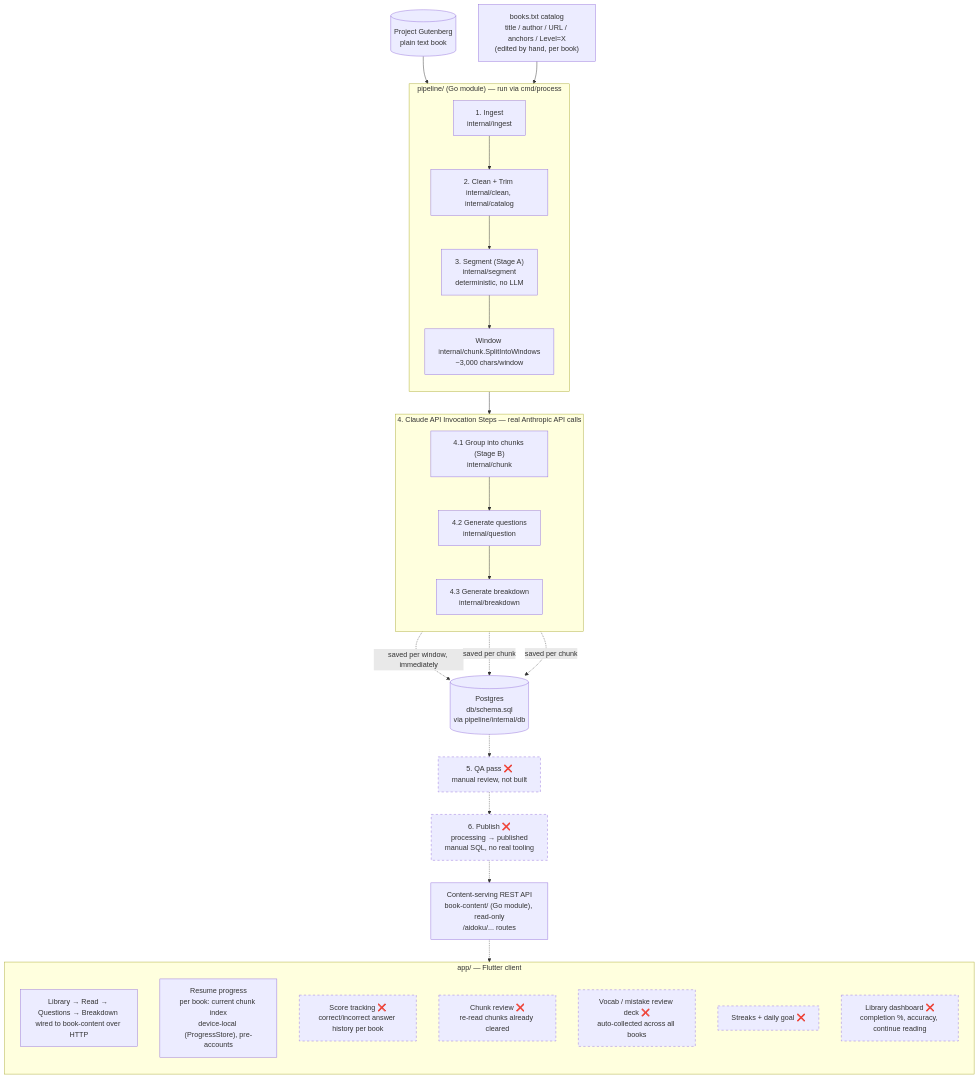
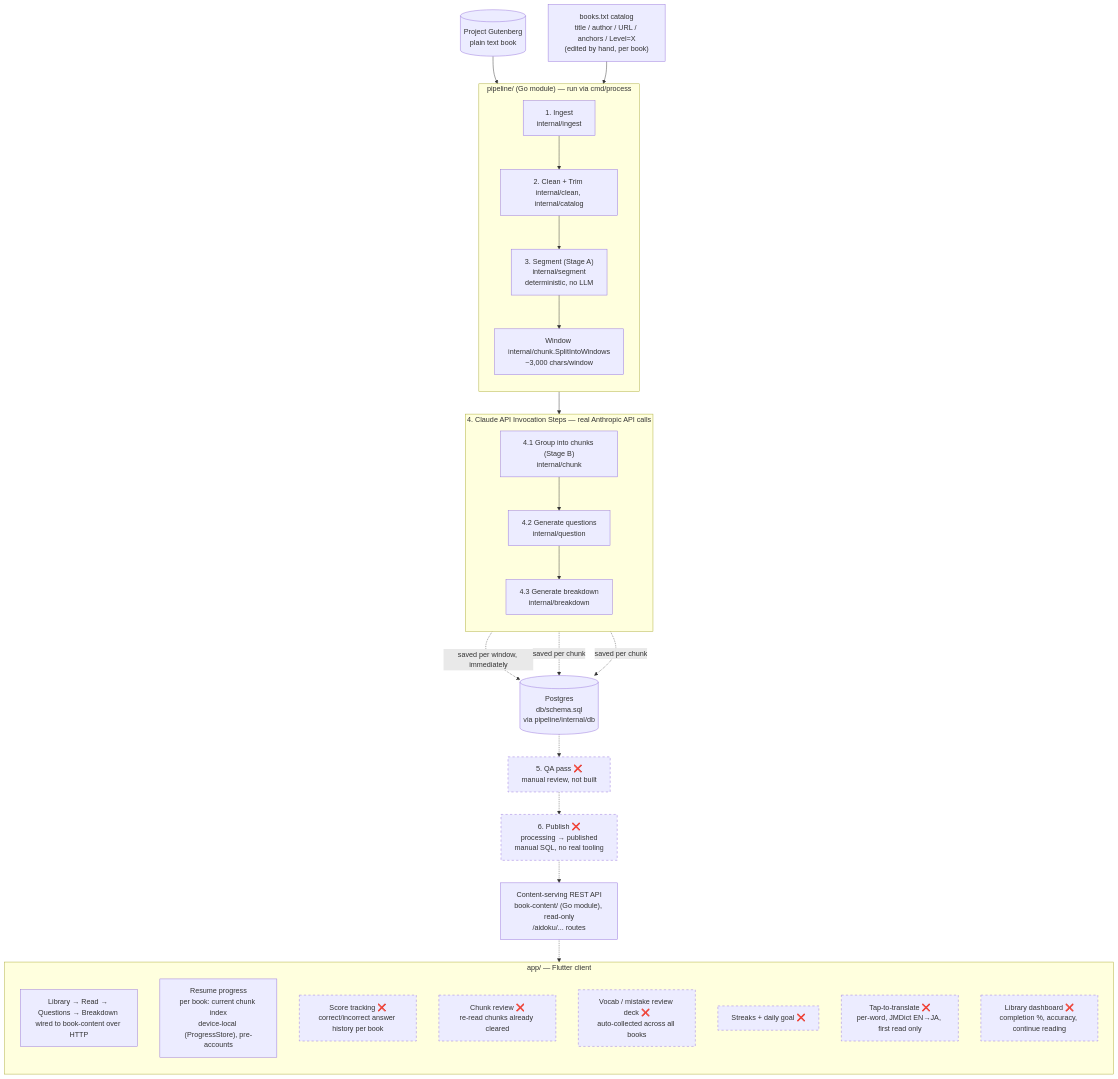
The diagram in README.md (devdanielroy/project-aidoku), drawn with Mermaid before and after one commit. The commit also changed other lines of this file and 2 other files, not shown here.

Commit message:
Add tap-to-translate milestone; drop the "no dictionary" principle
README: new "Next up" milestone — tap-to-translate, per-word dictionary
lookup (JMDict, EN→JA) on the first/unassisted reading page. Chosen
over pipeline-side difficulty detection (rejected: too hard to judge
accurately per level), in favour of giving the reader autonomy instead.
Added to the architecture diagram's client subgraph too.

AIDOKU_DESIGN.md §2 / ReadingView: removed the "no dictionary, no
hints, no translation visible" line - real public-domain vocabulary
turned out to be harder than that principle assumed, and tap-to-
translate is a deliberate amendment to it, not an exception worth
carving out language for.

````diff
--- a/README.md
+++ b/README.md
@@ -20,52 +20,53 @@
 ```mermaid
 flowchart TD
     GB[("Project Gutenberg<br/>plain text book")]
     BT["books.txt catalog<br/>title / author / URL / anchors / Level=X<br/>(edited by hand, per book)"]
 
     subgraph pipeline["pipeline/ (Go module) — run via cmd/process"]
         direction TB
         ING["1. Ingest <br/>internal/ingest"]
         CLN["2. Clean + Trim <br/>internal/clean, internal/catalog"]
         SEG["3. Segment (Stage A) <br/>internal/segment<br/>deterministic, no LLM"]
         WIN["Window <br/>internal/chunk.SplitIntoWindows<br/>~3,000 chars/window"]
         ING --> CLN --> SEG --> WIN
     end
 
     subgraph claude["4. Claude API Invocation Steps — real Anthropic API calls"]
         direction TB
         GRP["4.1 Group into chunks (Stage B)<br/>internal/chunk"]
         Q["4.2 Generate questions<br/>internal/question"]
         BRK["4.3 Generate breakdown<br/>internal/breakdown"]
         GRP --> Q --> BRK
     end
 
     DB[("Postgres <br/>db/schema.sql<br/>via pipeline/internal/db")]
 
     QA["5. QA pass ❌<br/>manual review, not built"]
     PUB["6. Publish ❌<br/>processing → published<br/>manual SQL, no real tooling"]
     API["Content-serving REST API<br/>book-content/ (Go module), read-only<br/>/aidoku/... routes"]
 
     subgraph client["app/ — Flutter client"]
       direction TB
         UI["Library → Read → Questions → Breakdown <br/>wired to book-content over HTTP"]
         RESUME["Resume progress<br/>per book: current chunk index<br/>device-local (ProgressStore), pre-accounts"]
         SCORE["Score tracking ❌<br/>correct/incorrect answer history per book"]
         REVIEW["Chunk review ❌<br/>re-read chunks already cleared"]
         VOCAB["Vocab / mistake review deck ❌<br/>auto-collected across all books"]
         STREAK["Streaks + daily goal ❌"]
+        TRANSLATE["Tap-to-translate ❌<br/>per-word, JMDict EN→JA, first read only"]
         DASH["Library dashboard ❌<br/>completion %, accuracy, continue reading"]
     end
 
     GB --> ING
     BT --> CLN
     WIN --> GRP
     GRP -.->|"saved per window, immediately"| DB
     Q -.->|"saved per chunk"| DB
     BRK -.->|"saved per chunk"| DB
     DB -.-> QA -.-> PUB
     PUB -.-> API
     API -.-> UI
 
     classDef notBuilt stroke-dasharray: 5 5
-    class QA,PUB,SCORE,REVIEW,VOCAB,STREAK,DASH notBuilt
+    class QA,PUB,SCORE,REVIEW,VOCAB,STREAK,DASH,TRANSLATE notBuilt
 ```
````
